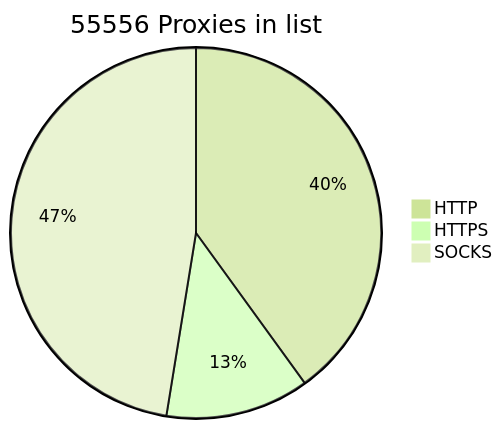
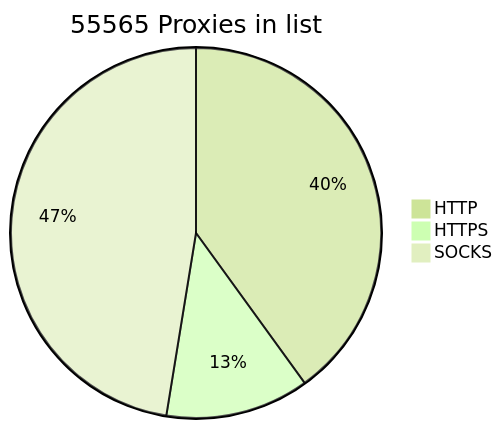
One commit to BlackSnowDot/proxylist-update-every-minute changed the diagram in README.md. Above: the diagram before and after it, drawn with Mermaid (forest theme).

````diff
--- a/README.md
+++ b/README.md
@@ -2,6 +2,6 @@
 ```mermaid
-pie title 55556 Proxies in list
-    "HTTP" : 24887
-    "HTTPS": 7798
+pie title 55565 Proxies in list
+    "HTTP" : 24892
+    "HTTPS": 7804
     "SOCKS" : 29503
 ```
````
